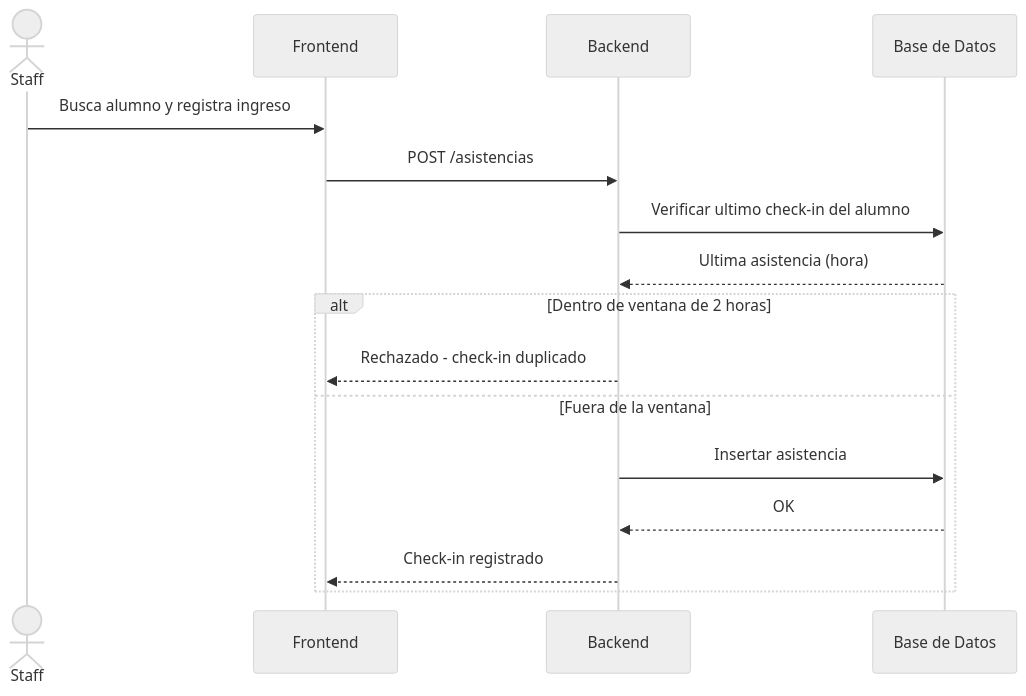
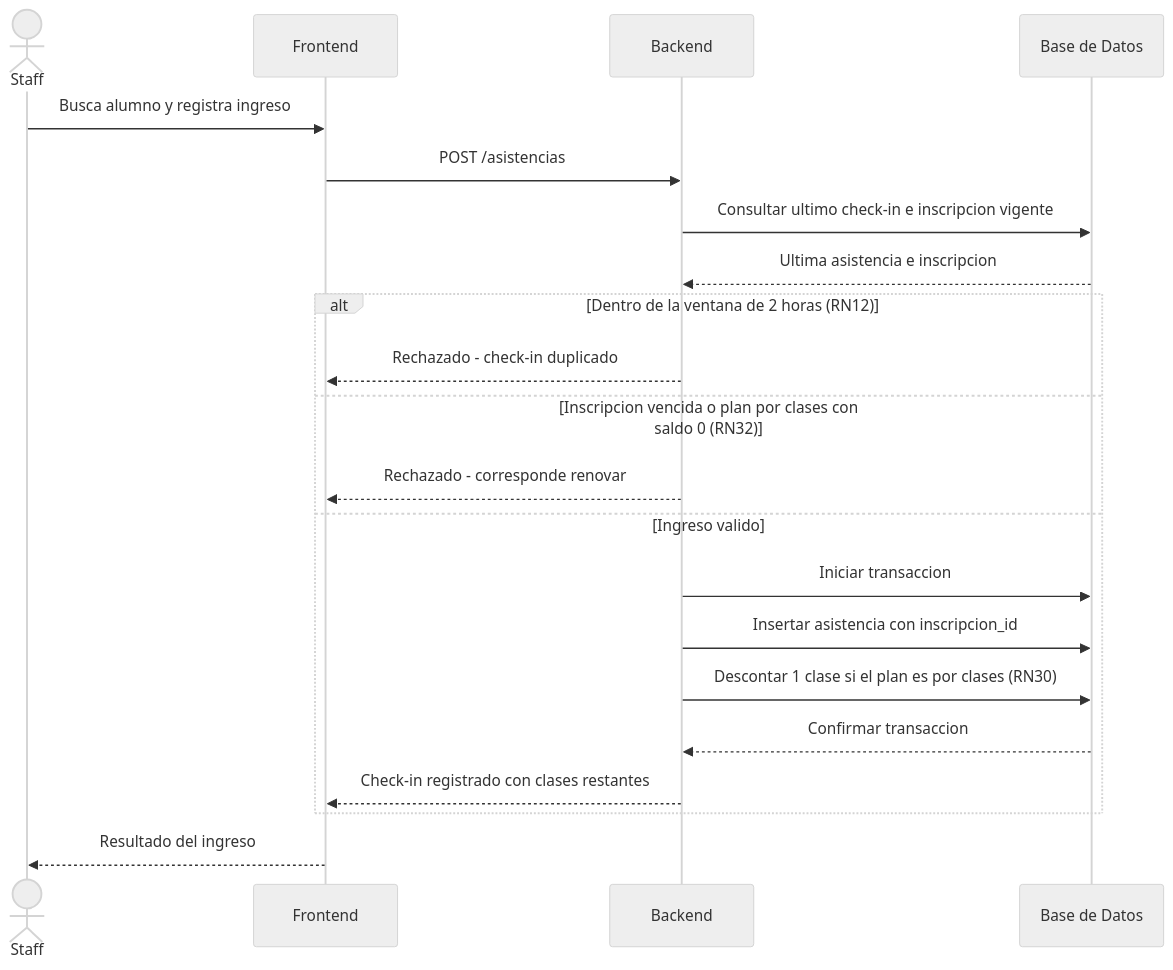
The third of 5 diagrams in docs/diagramas_secuencia.md (pao41/Trabajo-Final-Integrador), drawn with Mermaid (neutral theme) before and after one commit. The commit also changed other lines of this file, not shown here.

Commit message:
docs: actualizar secuencias con descuento de clases y agregar acceso del alumno y del personal

````diff
--- a/docs/diagramas_secuencia.md
+++ b/docs/diagramas_secuencia.md
@@ -50,19 +50,24 @@
 ```mermaid
 sequenceDiagram
     actor Staff
     participant Frontend
     participant Backend
     participant DB as Base de Datos
 
     Staff->>Frontend: Busca alumno y registra ingreso
     Frontend->>Backend: POST /asistencias
-    Backend->>DB: Verificar ultimo check-in del alumno
-    DB-->>Backend: Ultima asistencia (hora)
-    alt Dentro de ventana de 2 horas
+    Backend->>DB: Consultar ultimo check-in e inscripcion vigente
+    DB-->>Backend: Ultima asistencia e inscripcion
+    alt Dentro de la ventana de 2 horas (RN12)
         Backend-->>Frontend: Rechazado - check-in duplicado
-    else Fuera de la ventana
-        Backend->>DB: Insertar asistencia
-        DB-->>Backend: OK
-        Backend-->>Frontend: Check-in registrado
+    else Inscripcion vencida o plan por clases con saldo 0 (RN32)
+        Backend-->>Frontend: Rechazado - corresponde renovar
+    else Ingreso valido
+        Backend->>DB: Iniciar transaccion
+        Backend->>DB: Insertar asistencia con inscripcion_id
+        Backend->>DB: Descontar 1 clase si el plan es por clases (RN30)
+        DB-->>Backend: Confirmar transaccion
+        Backend-->>Frontend: Check-in registrado con clases restantes
     end
+    Frontend-->>Staff: Resultado del ingreso
 ```
````
